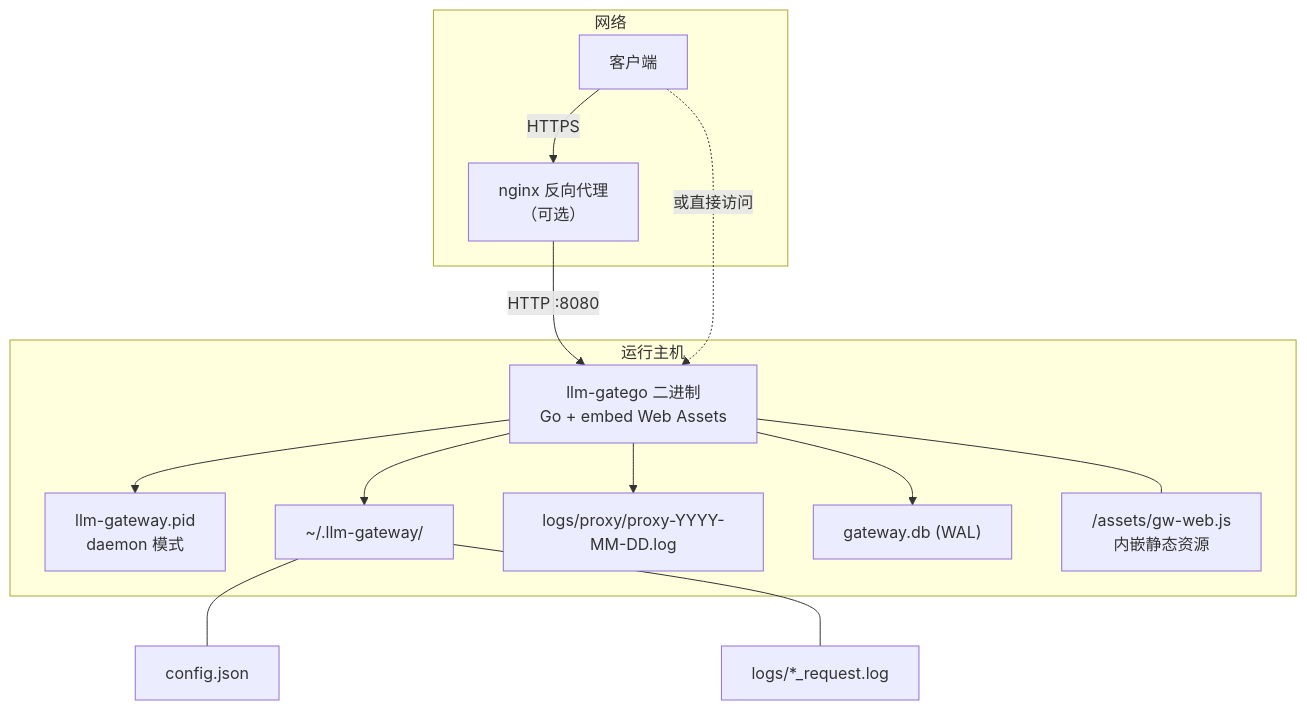
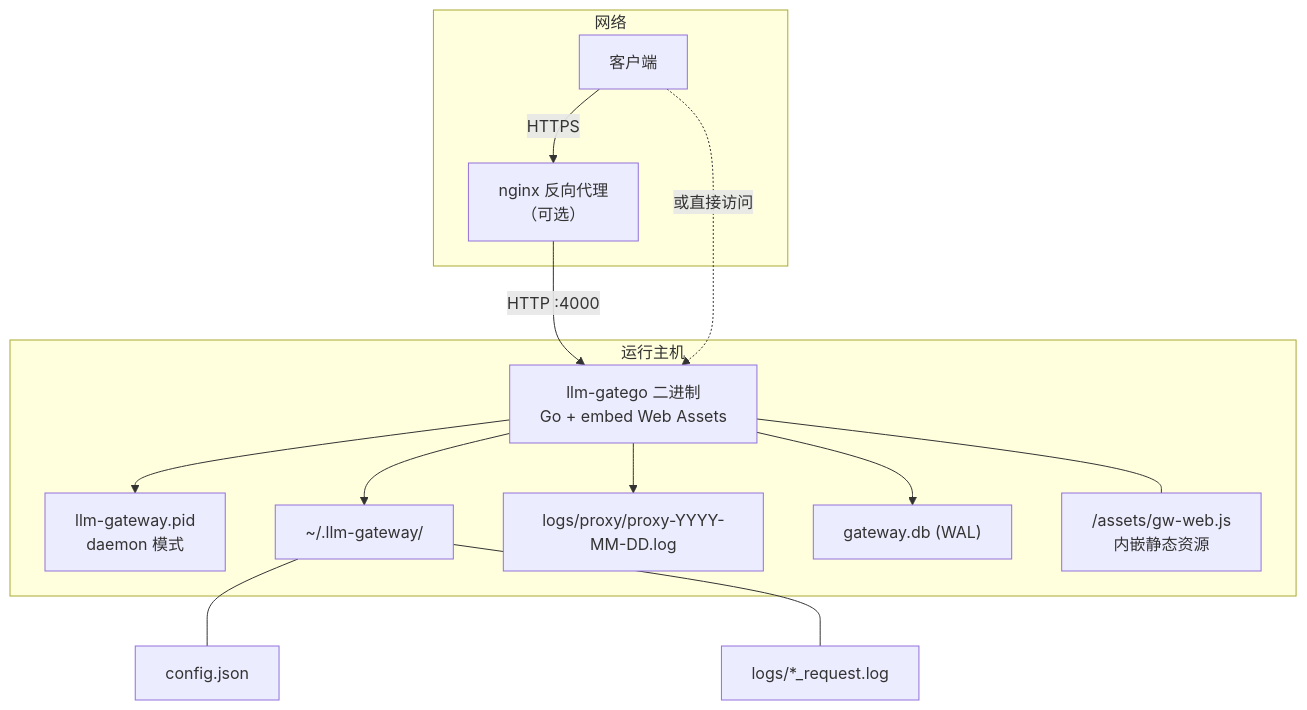
Before and after one commit to kkito/llm-gatego: the fourth of 4 diagrams in docs/architecture.md, drawn with Mermaid. The commit also changed other lines of this file and 4 other files, not shown here.

Commit message:
docs: align spec/plan/diagrams with original llm-gateway v1.15.0

````diff
--- a/docs/architecture.md
+++ b/docs/architecture.md
@@ -136,29 +136,29 @@
 ```mermaid
 flowchart TB
     subgraph Host["运行主机"]
         Binary["llm-gatego 二进制<br/>Go + embed Web Assets"]
         PID["llm-gateway.pid<br/>daemon 模式"]
         CFG["~/.llm-gateway/"]
         logs["logs/proxy/proxy-YYYY-MM-DD.log"]
         DB["gateway.db (WAL)"]
         Web["/assets/gw-web.js<br/>内嵌静态资源"]
     end
 
     subgraph Network["网络"]
         Nginx["nginx 反向代理<br/>（可选）"]
         Client["客户端"]
     end
 
     Client -->|"HTTPS"| Nginx
-    Nginx -->|"HTTP :8080"| Binary
+    Nginx -->|"HTTP :4000"| Binary
     Client -.->|"或直接访问"| Binary
 
     Binary --> PID
     Binary --> CFG
     Binary --> logs
     Binary --> DB
     Binary --- Web
 
     CFG --- config["config.json"]
     CFG --- detail["logs/*_request.log"]
 ```
````
